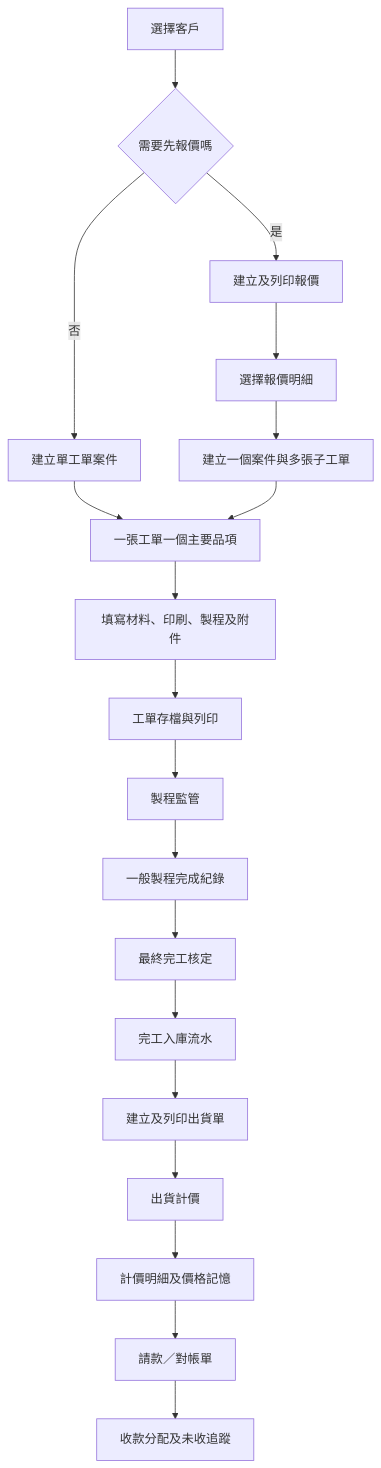
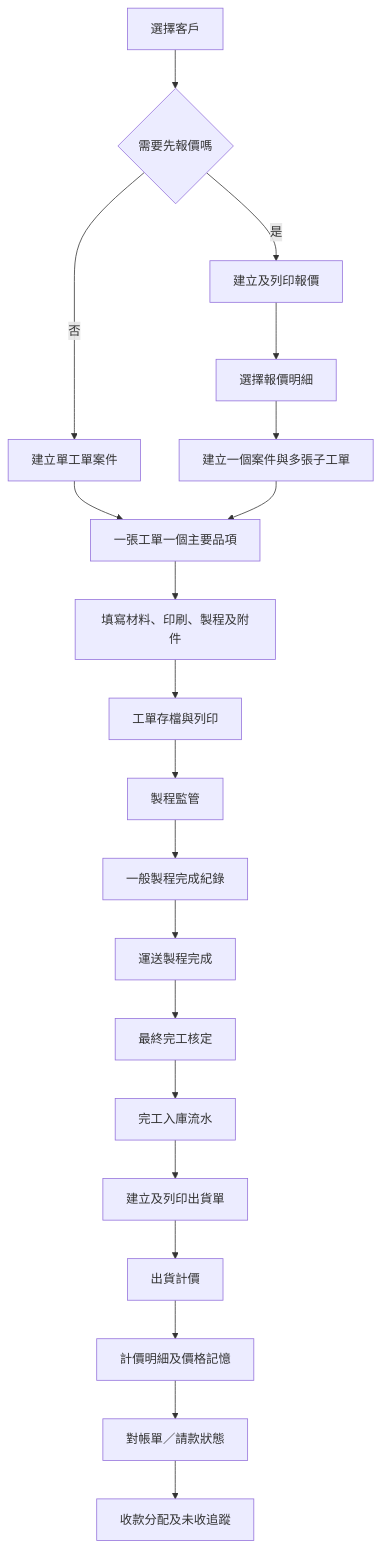
Before and after one commit to kk98033/company-operations-system: the first of 4 diagrams in 02_最終系統架構.md, drawn with Mermaid. The commit also changed other lines of this file and 22 other files, not shown here.

````diff
--- a/02_最終系統架構.md
+++ b/02_最終系統架構.md
@@ -57,21 +57,22 @@
 ```mermaid
 flowchart TD
     A[選擇客戶] --> B{需要先報價嗎}
     B -->|否| C3[建立單工單案件]
     B -->|是| C[建立及列印報價]
     C --> C2[選擇報價明細]
     C2 --> C4[建立一個案件與多張子工單]
     C3 --> D[一張工單一個主要品項]
     C4 --> D
     D --> E[填寫材料、印刷、製程及附件]
     E --> F[工單存檔與列印]
     F --> G[製程監管]
     G --> H[一般製程完成紀錄]
-    H --> I[最終完工核定]
+    H --> H2[運送製程完成]
+    H2 --> I[最終完工核定]
     I --> J[完工入庫流水]
     J --> K[建立及列印出貨單]
     K --> L[出貨計價]
     L --> M[計價明細及價格記憶]
-    M --> N[請款／對帳單]
+    M --> N[對帳單／請款狀態]
     N --> O[收款分配及未收追蹤]
 ```
````
